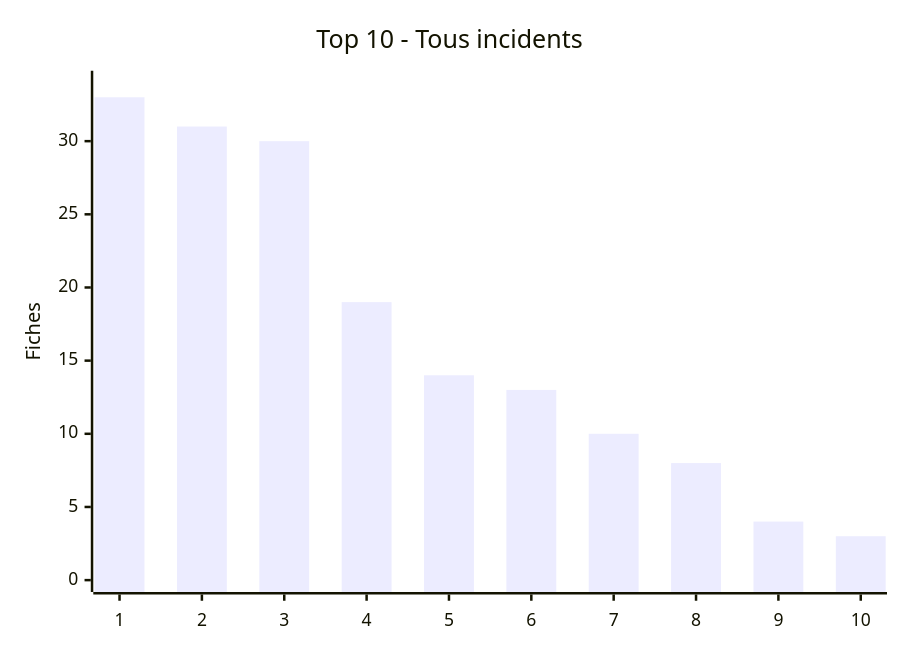
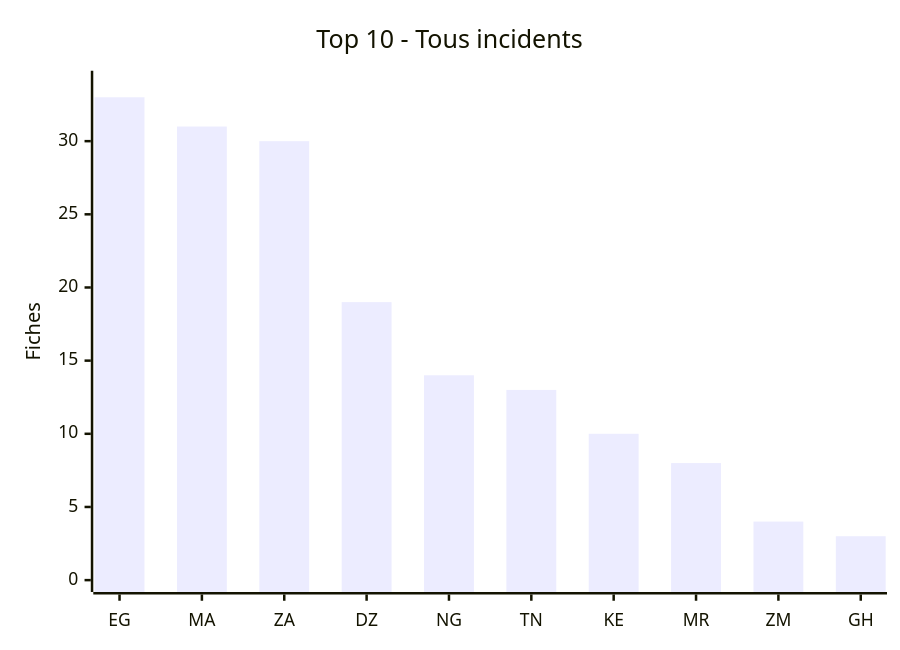
Before and after one commit to Hatchepsoute/AFRINTEL: the first of 7 diagrams in CyberAttackAfrica/2025/README_FR.md, drawn with Mermaid. The commit also changed other lines of this file and 112 other files, not shown here.

````diff
--- a/CyberAttackAfrica/2025/README_FR.md
+++ b/CyberAttackAfrica/2025/README_FR.md
@@ -64,7 +65,7 @@
 ```mermaid
 xychart-beta
     title "Top 10 - Tous incidents"
-    x-axis ["1","2","3","4","5","6","7","8","9","10"]
+    x-axis ["EG","MA","ZA","DZ","NG","TN","KE","MR","ZM","GH"]
     y-axis "Fiches" 0 --> 34
     bar [33,31,30,19,14,13,10,8,4,3]
 ```
````
